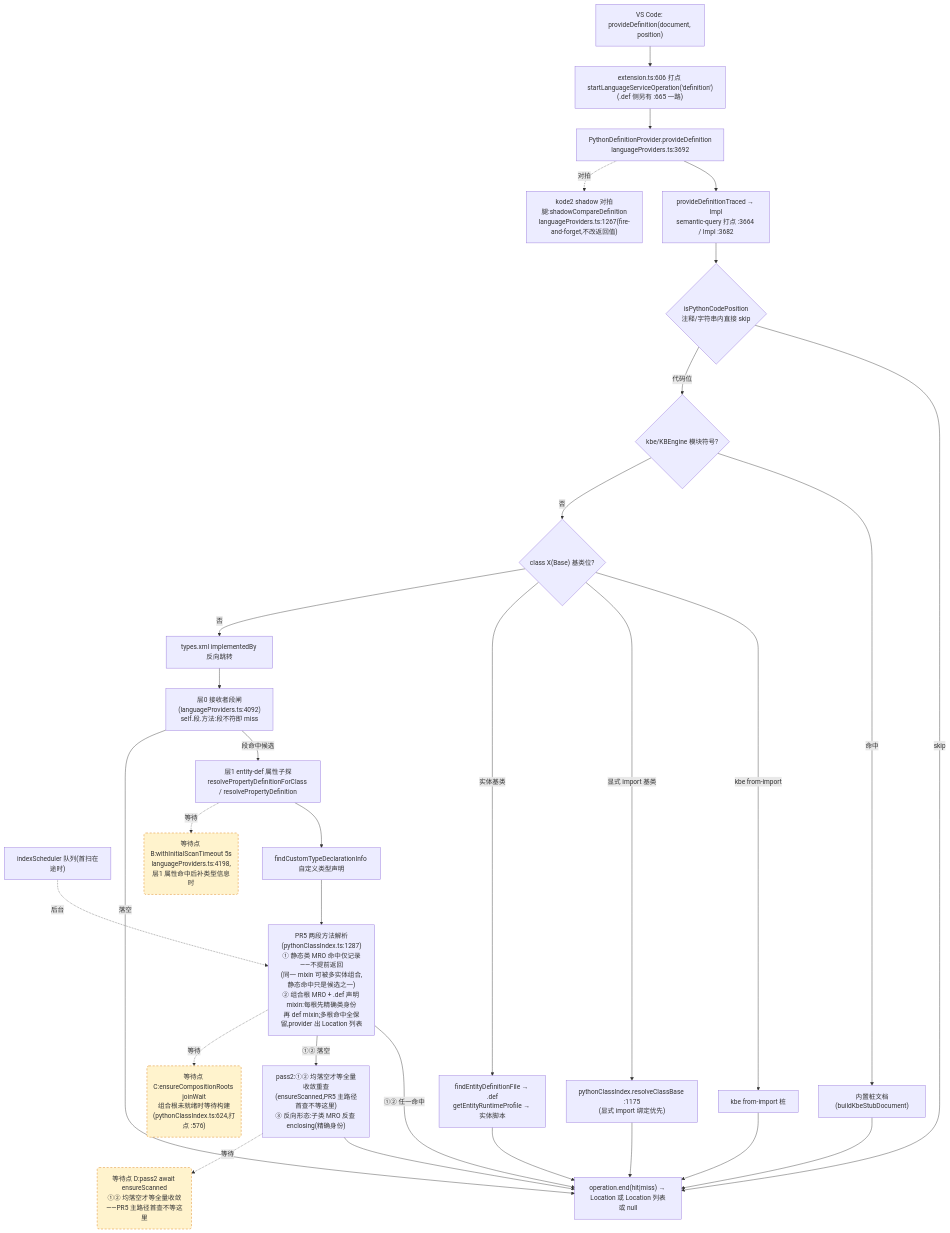
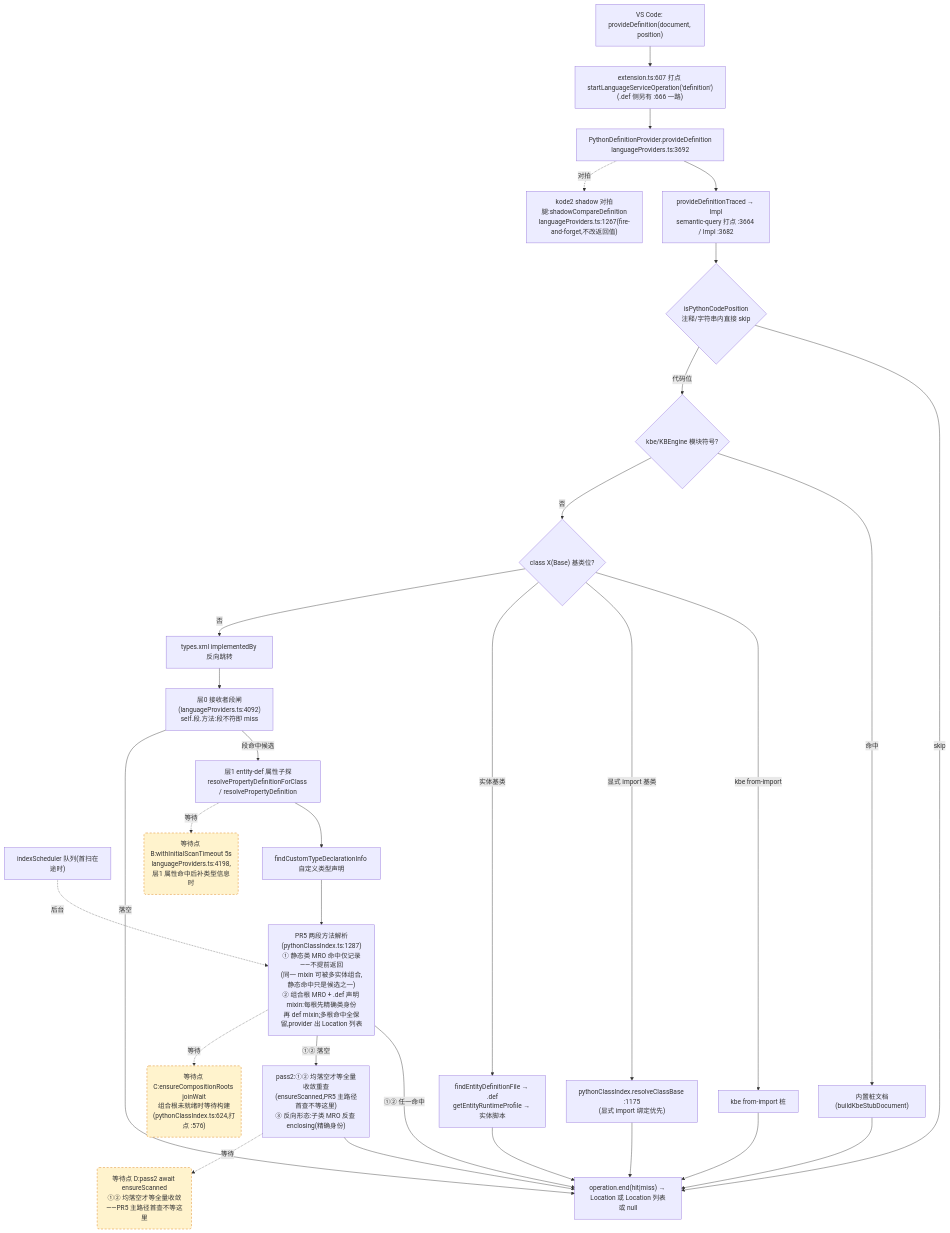
Before and after one commit to cuihairu/kode: the second of 4 diagrams in docs/perf/2026-baseline.md, drawn with Mermaid. The commit also changed other lines of this file and 7 other files, not shown here.

````diff
--- a/docs/perf/2026-baseline.md
+++ b/docs/perf/2026-baseline.md
@@ -130,51 +130,51 @@
 ```mermaid
 flowchart TD
   VC2["VS Code: provideDefinition(document, position)"]
-  M2["extension.ts:606 打点 startLanguageServiceOperation('definition')<br/>(.def 侧另有 :665 一路)"]
+  M2["extension.ts:607 打点 startLanguageServiceOperation('definition')<br/>(.def 侧另有 :666 一路)"]
   AD2["PythonDefinitionProvider.provideDefinition<br/>languageProviders.ts:3692"]
   TR["provideDefinitionTraced → Impl<br/>semantic-query 打点 :3664 / Impl :3682"]
   CTX{"isPythonCodePosition<br/>注释/字符串内直接 skip"}
   KBE{"kbe/KBEngine 模块符号?"}
   STUB["内置桩文档(buildKbeStubDocument)"]
   CB{"class X(Base) 基类位?"}
   CB1["kbe from-import 桩"]
   CB2["pythonClassIndex.resolveClassBase :1175<br/>(显式 import 绑定优先)"]
   CB3["findEntityDefinitionFile → .def<br/>getEntityRuntimeProfile → 实体脚本"]
   REV["types.xml implementedBy 反向跳转"]
   L0["层0 接收者段闸(languageProviders.ts:4092)<br/>self.段.方法:段不符即 miss"]
   L1["层1 entity-def 属性子探<br/>resolvePropertyDefinitionForClass / resolvePropertyDefinition"]
   SCAN["indexScheduler 队列(首扫在途时)"]
   TY["findCustomTypeDeclarationInfo 自定义类型声明"]
   MRO["PR5 两段方法解析(pythonClassIndex.ts:1287)<br/>① 静态类 MRO 命中仅记录——不提前返回<br/>(同一 mixin 可被多实体组合,静态命中只是候选之一)<br/>② 组合根 MRO + .def 声明 mixin:每根先精确类身份<br/>再 def mixin;多根命中全保留,provider 出 Location 列表"]
   PASS2["pass2:①② 均落空才等全量收敛重查<br/>(ensureScanned,PR5 主路径首查不等这里)<br/>③ 反向形态:子类 MRO 反查 enclosing(精确身份)"]
   SHD["kode2 shadow 对拍腿:shadowCompareDefinition<br/>languageProviders.ts:1267(fire-and-forget,不改返回值)"]
   END2["operation.end(hit|miss) → Location 或 Location 列表或 null"]
 
   VC2 --> M2 --> AD2 --> TR --> CTX
   CTX -- "skip" --> END2
   CTX -- "代码位" --> KBE
   KBE -- "命中" --> STUB --> END2
   KBE -- "否" --> CB
   CB -- "kbe from-import" --> CB1 --> END2
   CB -- "显式 import 基类" --> CB2 --> END2
   CB -- "实体基类" --> CB3 --> END2
   CB -- "否" --> REV --> L0
   L0 -- "段命中候选" --> L1
   L0 -- "落空" --> END2
   L1 --> TY
   TY --> MRO
   MRO -- "①② 任一命中" --> END2
   MRO -- "①② 落空" --> PASS2 --> END2
   AD2 -.->|对拍| SHD
 
   WAITB("等待点 B:withInitialScanTimeout 5s<br/>languageProviders.ts:4198,层1 属性命中后补类型信息时")
   WAITC("等待点 C:ensureCompositionRoots joinWait<br/>组合根未就绪时等待构建(pythonClassIndex.ts:624,打点 :576)")
   WAITD("等待点 D:pass2 await ensureScanned<br/>①② 均落空才等全量收敛——PR5 主路径首查不等这里")
   L1 -.->|等待| WAITB
   MRO -.->|等待| WAITC
   PASS2 -.->|等待| WAITD
   SCAN -.->|后台| MRO
 
   classDef waitPoint fill:#fff3cd,stroke:#d97706,stroke-dasharray:5 4;
   class WAITB,WAITC,WAITD waitPoint;
 ```
````
